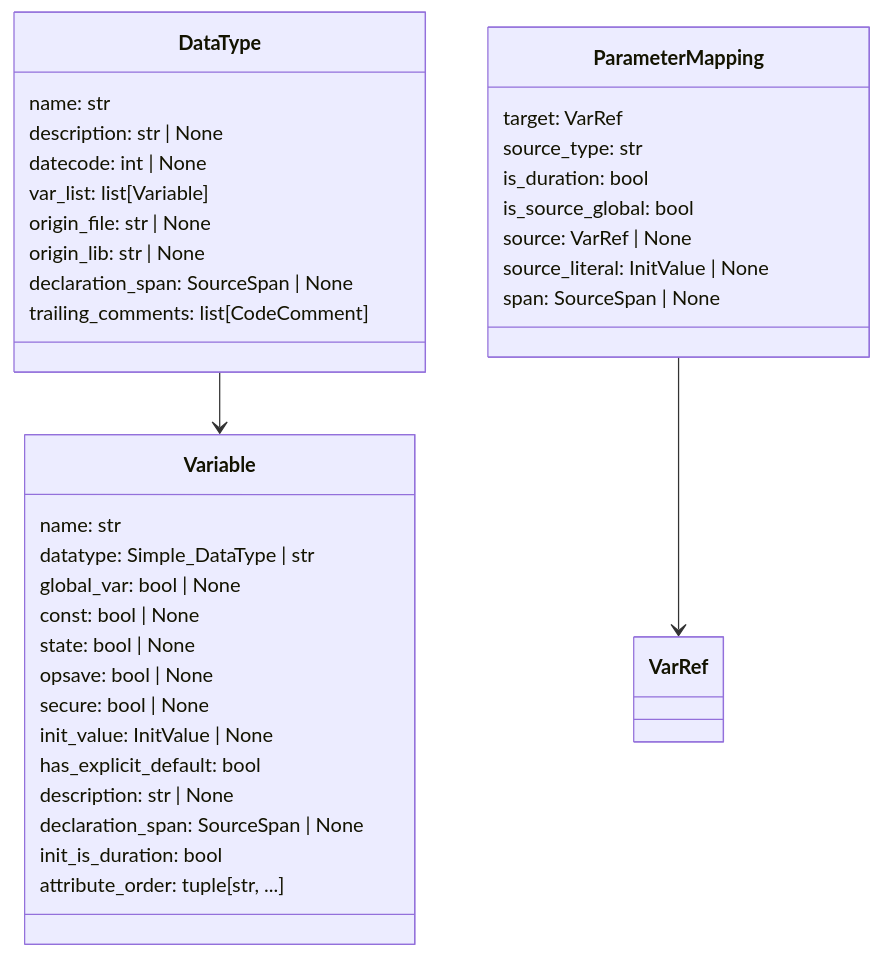
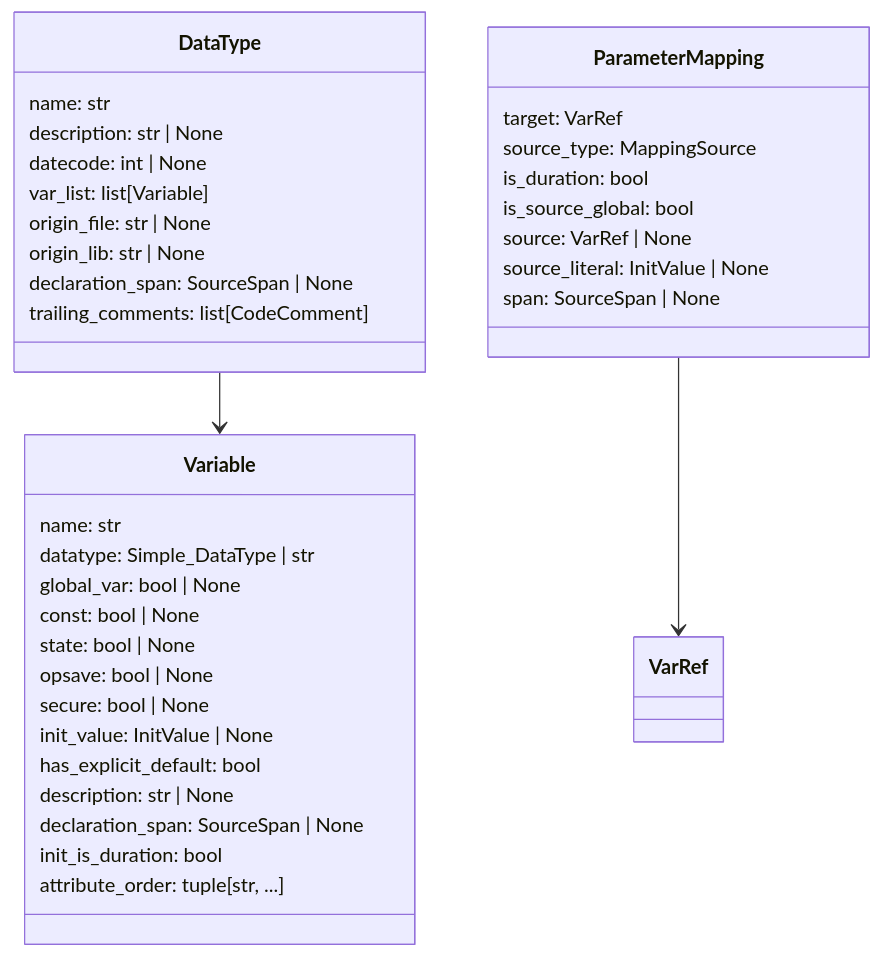
Before and after one commit to SorenHJohansen/sattline-parser: the second of 6 diagrams in docs/ast.md, drawn with Mermaid. The commit also changed other lines of this file and 22 other files, not shown here.

````diff
--- a/docs/ast.md
+++ b/docs/ast.md
@@ -114,42 +114,42 @@
 ```mermaid
 classDiagram
     class Variable {
         name: str
         datatype: Simple_DataType | str
         global_var: bool | None
         const: bool | None
         state: bool | None
         opsave: bool | None
         secure: bool | None
         init_value: InitValue | None
         has_explicit_default: bool
         description: str | None
         declaration_span: SourceSpan | None
         init_is_duration: bool
         attribute_order: tuple[str, ...]
     }
 
     class DataType {
         name: str
         description: str | None
         datecode: int | None
         var_list: list[Variable]
         origin_file: str | None
         origin_lib: str | None
         declaration_span: SourceSpan | None
         trailing_comments: list[CodeComment]
     }
 
     class ParameterMapping {
         target: VarRef
-        source_type: str
+        source_type: MappingSource
         is_duration: bool
         is_source_global: bool
         source: VarRef | None
         source_literal: InitValue | None
         span: SourceSpan | None
     }
 
     DataType --> Variable
     ParameterMapping --> VarRef
 ```
````
